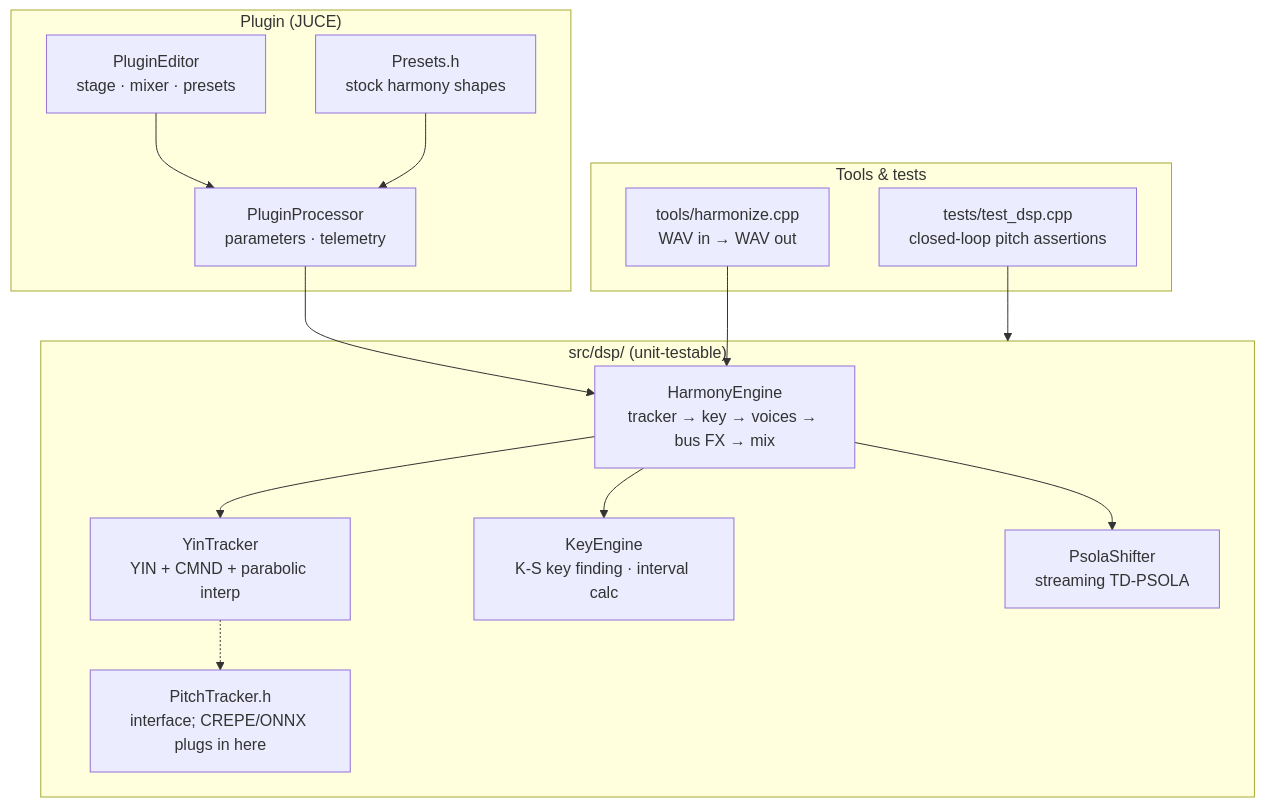
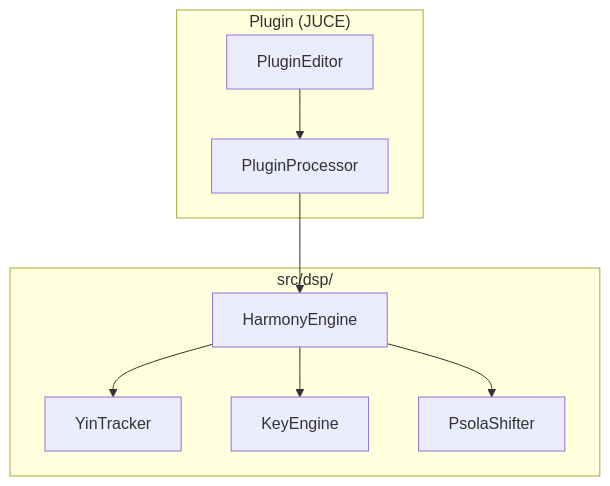
The diagram in README.md (rithulkamesh/chorale), drawn with Mermaid before and after one commit. The commit also changed other lines of this file and 1 other file, not shown here.

````diff
--- a/README.md
+++ b/README.md
@@ -220,29 +106,15 @@
 ```mermaid
 flowchart TB
     subgraph Host["Plugin (JUCE)"]
-        PE["PluginEditor<br/>stage · mixer · presets"]
-        PP["PluginProcessor<br/>parameters · telemetry"]
-        PR["Presets.h<br/>stock harmony shapes"]
+        PE["PluginEditor"]
+        PP["PluginProcessor"]
     end
-
-    subgraph Core["src/dsp/ (unit-testable)"]
-        HE["HarmonyEngine<br/>tracker → key → voices → bus FX → mix"]
-        YIN["YinTracker<br/>YIN + CMND + parabolic interp"]
-        KE["KeyEngine<br/>K-S key finding · interval calc"]
-        PS["PsolaShifter<br/>streaming TD-PSOLA"]
-        PT["PitchTracker.h<br/>interface; CREPE/ONNX plugs in here"]
+    subgraph Core["src/dsp/"]
+        HE["HarmonyEngine"]
+        YIN["YinTracker"]
+        KE["KeyEngine"]
+        PS["PsolaShifter"]
     end
-
-    subgraph Offline["Tools & tests"]
-        CLI["tools/harmonize.cpp<br/>WAV in → WAV out"]
-        TST["tests/test_dsp.cpp<br/>closed-loop pitch assertions"]
-    end
-
-    PE --> PP
-    PP --> HE
-    PR --> PP
+    PE --> PP --> HE
     HE --> YIN & KE & PS
-    YIN -.-> PT
-    CLI --> HE
-    TST --> Core
 ```
````
